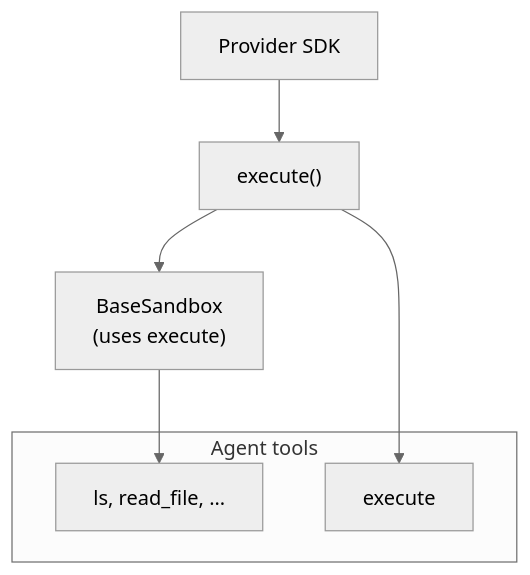
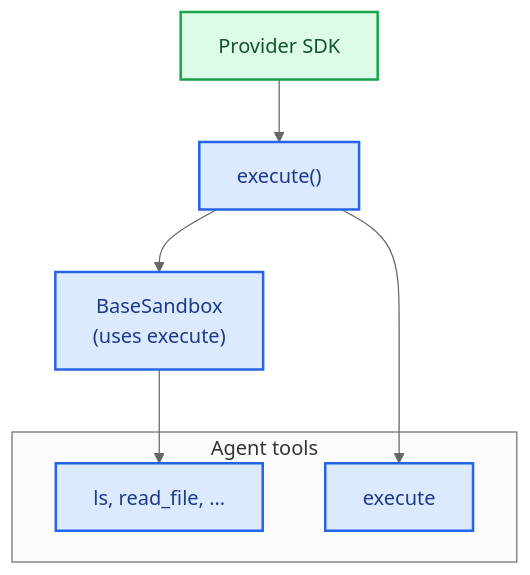
One commit to kunfan96/cndocs-langchain changed the second of 3 diagrams in oss/javascript/deepagents/sandboxes.mdx. Above: the diagram before and after it, drawn with Mermaid (neutral theme). The commit also changed other lines of this file and 2611 other files, not shown here.

````diff
--- a/oss/javascript/deepagents/sandboxes.mdx
+++ b/oss/javascript/deepagents/sandboxes.mdx
@@ -173,12 +324,19 @@
 ```mermaid
 graph TB
     subgraph "Agent tools"
         Tools["ls, read_file, ..."]
         execute
     end
 
     BaseSandbox["BaseSandbox<br/>(uses execute)"] --> Tools
     execute_method["execute()"] --> BaseSandbox
     execute_method --> execute
     Provider["Provider SDK"] --> execute_method
+
+    classDef process fill:#DBEAFE,stroke:#2563EB,stroke-width:2px,color:#1E3A8A
+    classDef trigger fill:#DCFCE7,stroke:#16A34A,stroke-width:2px,color:#14532D
+
+    class Tools,execute process
+    class BaseSandbox,execute_method process
+    class Provider trigger
 ```
````
